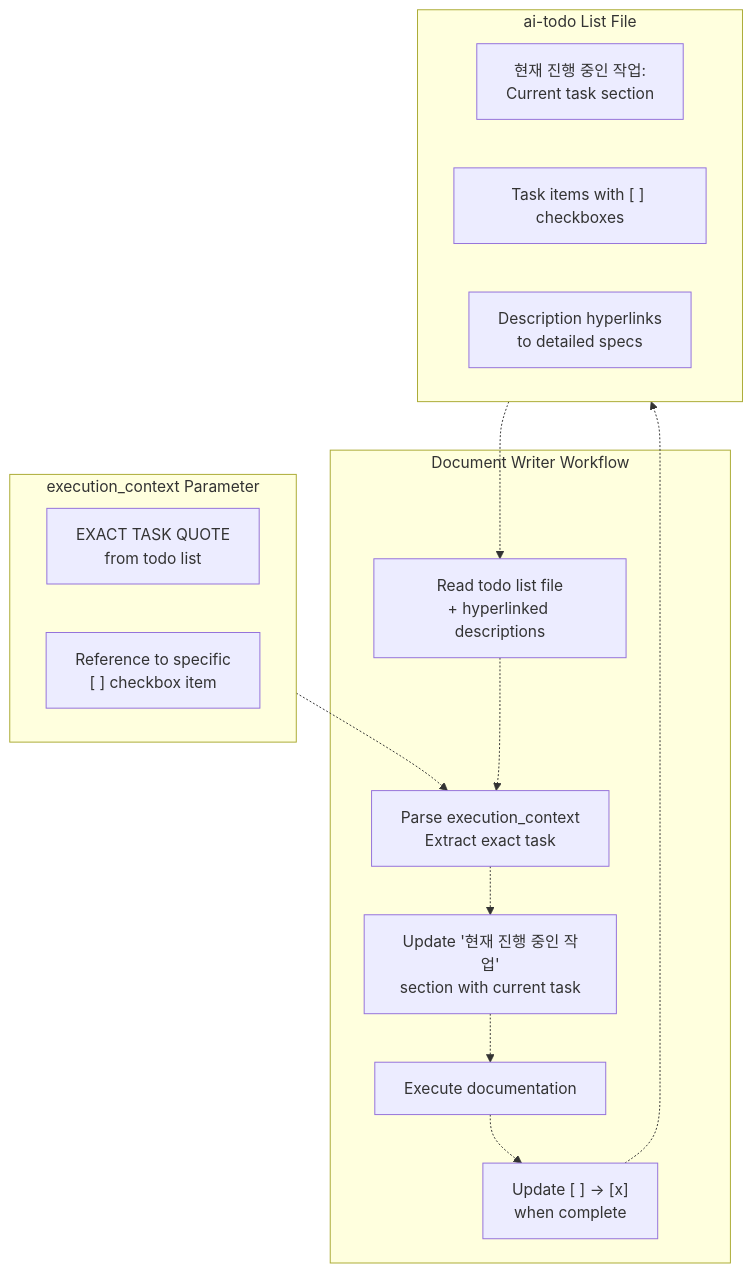
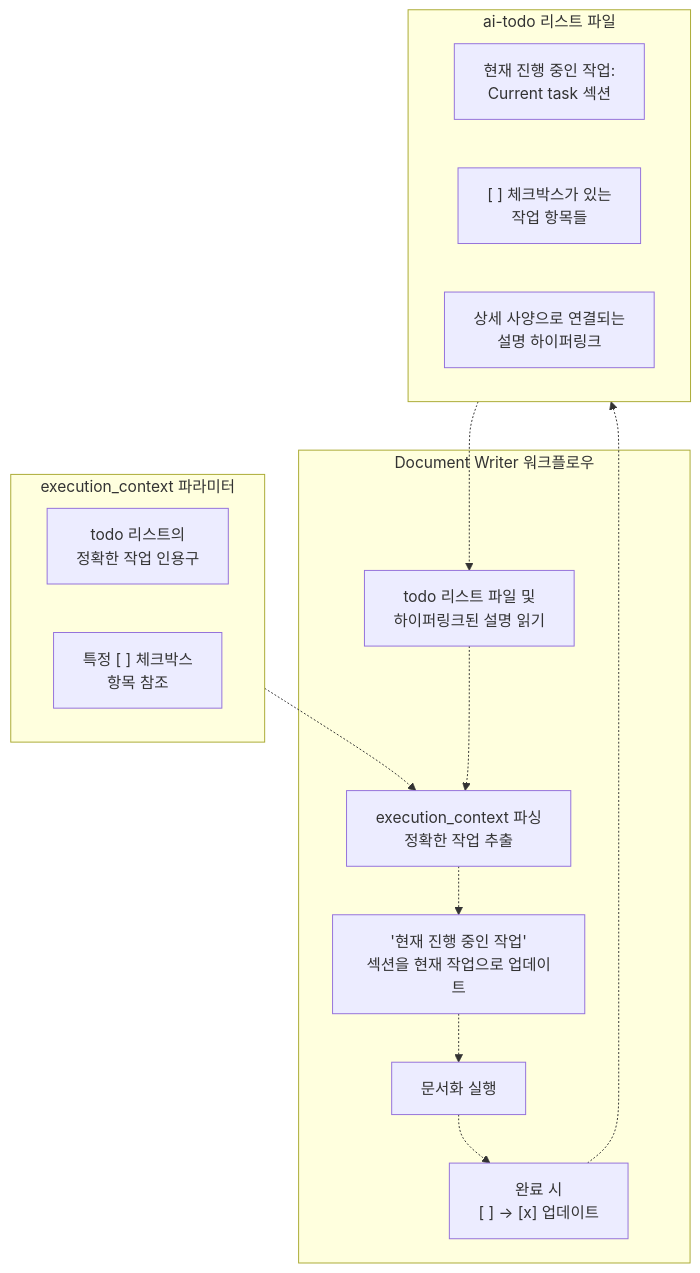
One commit to felipetruman/oh-my-opencode-docs changed the fifth of 8 diagrams in docs/agents/document-writer.md. Above: the diagram before and after it, drawn with Mermaid. The commit also changed other lines of this file and 76 other files, not shown here.

````diff
--- a/docs/agents/document-writer.md
+++ b/docs/agents/document-writer.md
@@ -283,41 +283,41 @@
 ```mermaid
 flowchart TD
 
-ExactQuote["EXACT TASK QUOTE<br>from todo list"]
-TaskRef["Reference to specific<br>[ ] checkbox item"]
-CurrentTask["현재 진행 중인 작업:<br>Current task section"]
-TaskList["Task items with [ ] checkboxes"]
-Descriptions["Description hyperlinks<br>to detailed specs"]
-ReadTodo["Read todo list file<br>+ hyperlinked descriptions"]
-ParseContext["Parse execution_context<br>Extract exact task"]
-UpdateCurrent["Update '현재 진행 중인 작업'<br>section with current task"]
-ExecuteTask["Execute documentation"]
-CheckBox["Update [ ] → [x]<br>when complete"]
+ExactQuote["todo 리스트의<br>정확한 작업 인용구"]
+TaskRef["특정 [ ] 체크박스<br>항목 참조"]
+CurrentTask["현재 진행 중인 작업:<br>Current task 섹션"]
+TaskList["[ ] 체크박스가 있는<br>작업 항목들"]
+Descriptions["상세 사양으로 연결되는<br>설명 하이퍼링크"]
+ReadTodo["todo 리스트 파일 및<br>하이퍼링크된 설명 읽기"]
+ParseContext["execution_context 파싱<br>정확한 작업 추출"]
+UpdateCurrent["'현재 진행 중인 작업'<br>섹션을 현재 작업으로 업데이트"]
+ExecuteTask["문서화 실행"]
+CheckBox["완료 시<br>[ ] → [x] 업데이트"]
 
 TodoFile -.-> ReadTodo
 ExecutionContext -.-> ParseContext
 CheckBox -.-> TodoFile
 
-subgraph AgentWorkflow ["Document Writer Workflow"]
+subgraph AgentWorkflow ["Document Writer 워크플로우"]
     ReadTodo
     ParseContext
     UpdateCurrent
     ExecuteTask
     CheckBox
     ReadTodo -.-> ParseContext
     ParseContext -.-> UpdateCurrent
     UpdateCurrent -.-> ExecuteTask
     ExecuteTask -.-> CheckBox
 end
 
-subgraph ExecutionContext ["execution_context Parameter"]
+subgraph ExecutionContext ["execution_context 파라미터"]
     ExactQuote
     TaskRef
 end
 
-subgraph TodoFile ["ai-todo List File"]
+subgraph TodoFile ["ai-todo 리스트 파일"]
     CurrentTask
     TaskList
     Descriptions
 end
 ```
````
